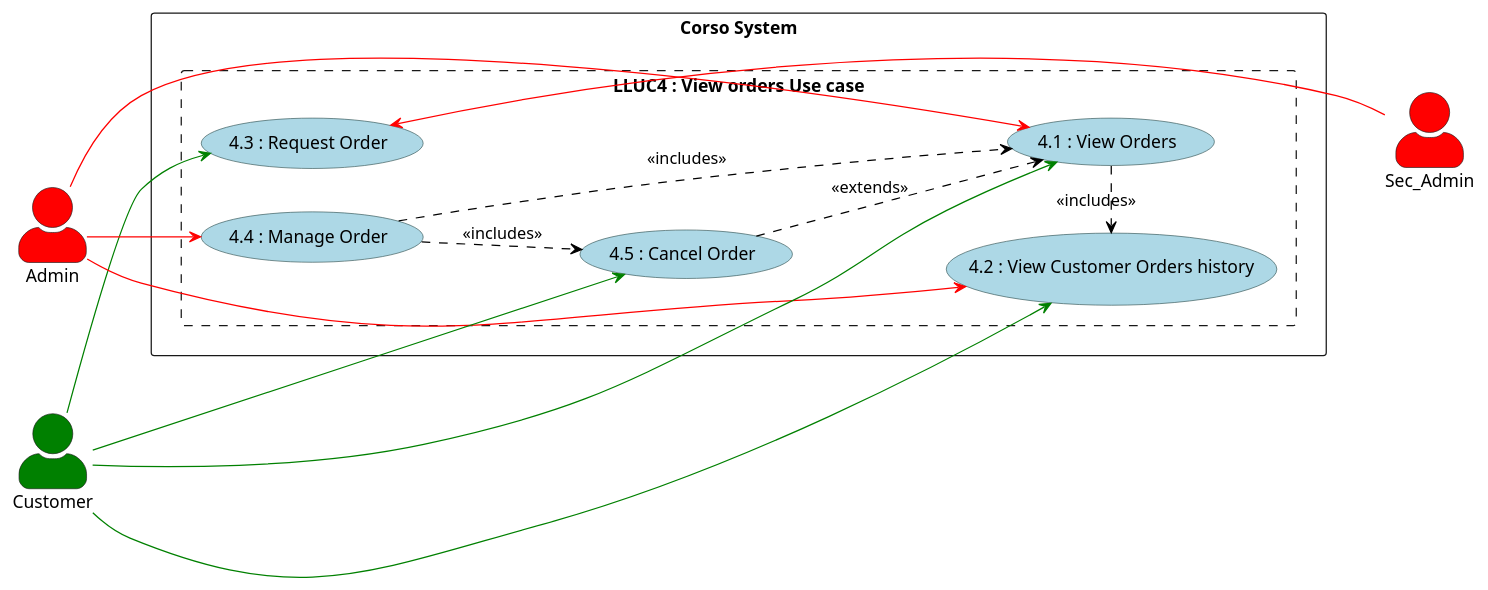
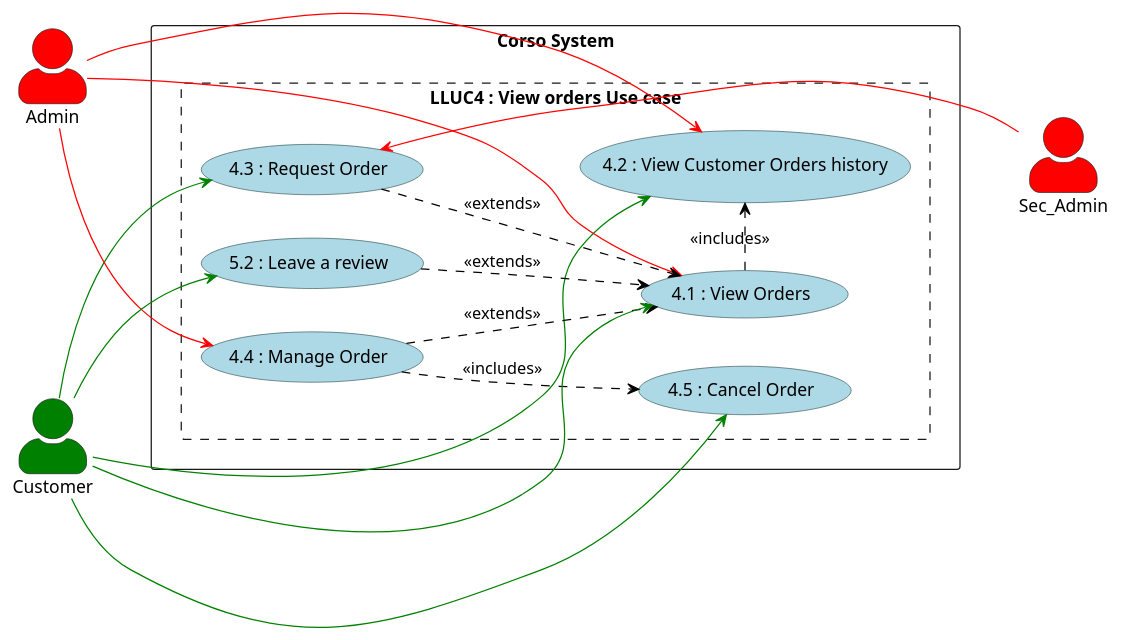
Before and after one commit to DylanBrass/Corso-Website: the diagram in Diagrams/UseCases/Low Level/LL_Orders.puml, drawn with PlantUML. The commit also changed 13 other files, not shown here.

```diff
--- a/Diagrams/UseCases/Low Level/LL_Orders.puml
+++ b/Diagrams/UseCases/Low Level/LL_Orders.puml
@@ -1,42 +1,46 @@
 @startuml
 left to right direction
 skinparam actorStyle awesome
 skinparam usecase {
     BackgroundColor LightBlue
     BorderColor DarkSlateGray
     ArrowColor Black
     ActorBorderColor black
     ActorFontName Courier
     ActorBackgroundColor<< Human >> Gold
 }
 actor Sec_Admin #Red
 actor  "Admin" as Admin #Red
 actor  "Customer" as User #Green
 rectangle "Corso System"{
   rectangle "LLUC4 : View orders Use case" as Orders #line.dashed {
       usecase "4.1 : View Orders" as UC8
       usecase "4.2 : View Customer Orders history" as UC9
       usecase "4.3 : Request Order" as UC10
       usecase "4.4 : Manage Order" as UC11
       usecase "4.5 : Cancel Order" as UC12
+    usecase "5.2 : Leave a review" as UC14
 
       User -[#green]-> UC9
       User -[#green]-> UC10
       Admin -[#red]-> UC8
       Admin -[#red]-> UC9
       Admin -[#red]-> UC11
-      UC11 -[dashed]-> UC8 : <<includes>>
+      UC11 -[dashed]-> UC8 : <<extends>>
       UC10 <-[#red]- Sec_Admin
+      UC11 -[dashed]-> UC12 : <<includes>>
 
-      UC11 -[dashed]-> UC12 : <<includes>>
+
       UC8 -[dashed]> UC9 : <<includes>>
-      UC12 -[dashed]-> UC8  : <<extends>>
+UC10 -[dashed]-> UC8 : <<extends>>
+
 
       UC8 -[hidden]-> Sec_Admin
       UC9 -[hidden]-> Sec_Admin
-
+    User -[#green]-> UC14
+UC14 -[dashed]-> UC8 : <<extends>>
       User -[#green]-> UC8
       User -[#green]-> UC12
   }
 }
 @endpuml
```
